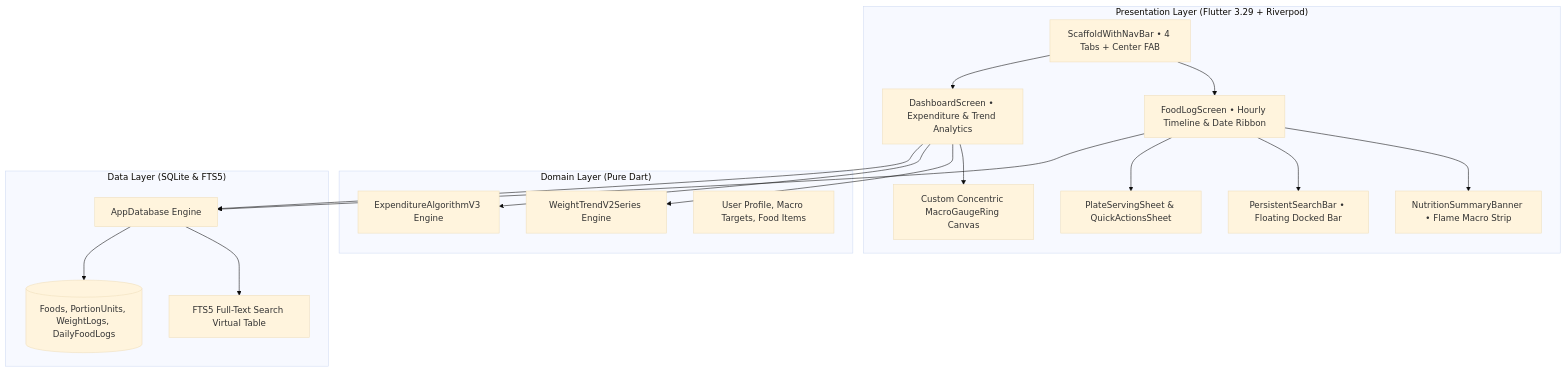
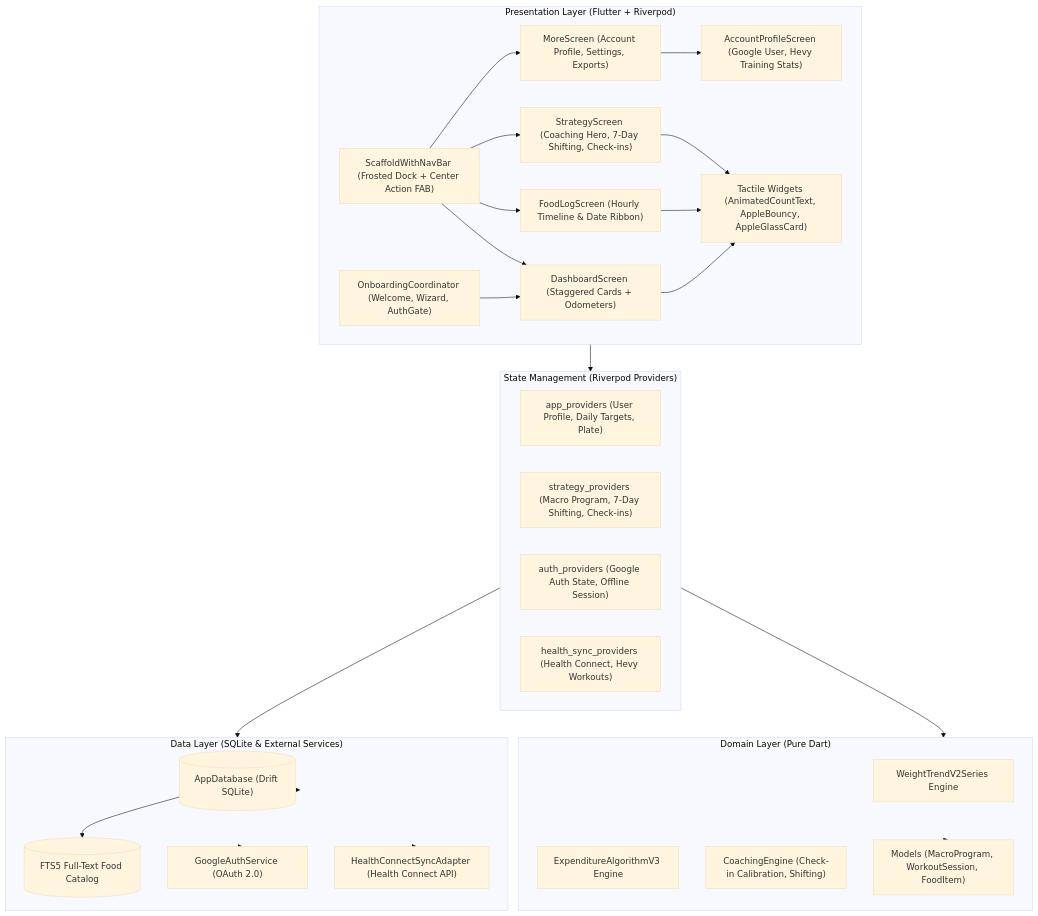
Before and after one commit to h4rysh/macrofactor-flutter: the diagram in README.md, drawn with Mermaid (base theme). The commit also changed other lines of this file, not shown here.

Commit message:
docs: update README for v1.6.0 with Apple HIG animations, Strategy Coaching, and Health Connect

````diff
--- a/README.md
+++ b/README.md
@@ -134,37 +171,50 @@
 ```mermaid
 flowchart TD
-    subgraph Presentation ["Presentation Layer (Flutter 3.29 + Riverpod)"]
-        Nav[ScaffoldWithNavBar • 4 Tabs + Center FAB]
-        LogScreen[FoodLogScreen • Hourly Timeline & Date Ribbon]
-        Dashboard[DashboardScreen • Expenditure & Trend Analytics]
-        Banner[NutritionSummaryBanner • Flame Macro Strip]
-        Gauges[Custom Concentric MacroGaugeRing Canvas]
-        SearchBar[PersistentSearchBar • Floating Docked Bar]
-        ServingSheet[PlateServingSheet & QuickActionsSheet]
+    subgraph Presentation ["Presentation Layer (Flutter + Riverpod)"]
+        Nav["ScaffoldWithNavBar (Frosted Dock + Center Action FAB)"]
+        Dashboard["DashboardScreen (Staggered Cards + Odometers)"]
+        FoodLog["FoodLogScreen (Hourly Timeline & Date Ribbon)"]
+        Strategy["StrategyScreen (Coaching Hero, 7-Day Shifting, Check-ins)"]
+        More["MoreScreen (Account Profile, Settings, Exports)"]
+        Profile["AccountProfileScreen (Google User, Hevy Training Stats)"]
+        Onboarding["OnboardingCoordinator (Welcome, Wizard, AuthGate)"]
+        
+        Widgets["Tactile Widgets (AnimatedCountText, AppleBouncy, AppleGlassCard)"]
+    end
+
+    subgraph State ["State Management (Riverpod Providers)"]
+        AppProv["app_providers (User Profile, Daily Targets, Plate)"]
+        StratProv["strategy_providers (Macro Program, 7-Day Shifting, Check-ins)"]
+        AuthProv["auth_providers (Google Auth State, Offline Session)"]
+        HealthProv["health_sync_providers (Health Connect, Hevy Workouts)"]
     end
 
     subgraph Domain ["Domain Layer (Pure Dart)"]
-        TrendAlgo[WeightTrendV2Series Engine]
-        ExpAlgo[ExpenditureAlgorithmV3 Engine]
-        Entities[User Profile, Macro Targets, Food Items]
+        TrendAlgo["WeightTrendV2Series Engine"]
+        ExpAlgo["ExpenditureAlgorithmV3 Engine"]
+        CoachAlgo["CoachingEngine (Check-in Calibration, Shifting)"]
+        Models["Models (MacroProgram, WorkoutSession, FoodItem)"]
     end
 
-    subgraph Data ["Data Layer (SQLite & FTS5)"]
-        DB[AppDatabase Engine]
-        FTS[FTS5 Full-Text Search Virtual Table]
-        Tables[(Foods, PortionUnits, WeightLogs, DailyFoodLogs)]
+    subgraph Data ["Data Layer (SQLite & External Services)"]
+        DB[("AppDatabase (Drift SQLite)")]
+        FTS[("FTS5 Full-Text Food Catalog")]
+        GoogleAuth["GoogleAuthService (OAuth 2.0)"]
+        HealthSync["HealthConnectSyncAdapter (Health Connect API)"]
     end
 
-    Nav --> LogScreen
-    Nav --> Dashboard
-    LogScreen --> Banner
-    LogScreen --> SearchBar
-    LogScreen --> ServingSheet
-    Dashboard --> Gauges
-    Dashboard --> TrendAlgo
-    Dashboard --> ExpAlgo
-    LogScreen --> DB
-    Dashboard --> DB
+    Nav --> Dashboard & FoodLog & Strategy & More
+    More --> Profile
+    Onboarding --> Dashboard
+    
+    Dashboard & Strategy & FoodLog --> Widgets
+    Presentation --> State
+    
+    State --> Domain
+    State --> Data
+    
+    Domain --> Models
+    Data --> DB
     DB --> FTS
-    DB --> Tables
+    Data --> GoogleAuth & HealthSync
 ```
````
